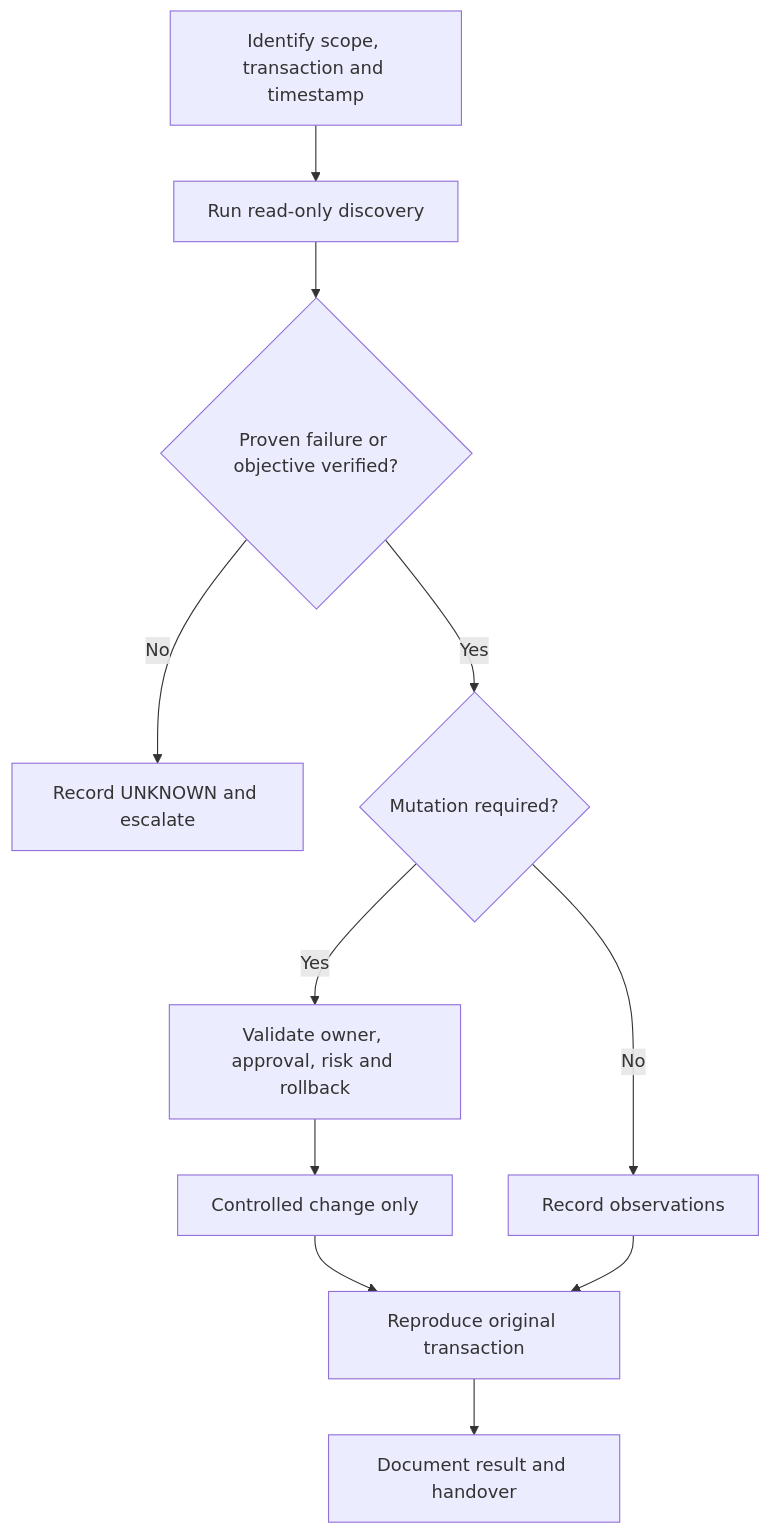
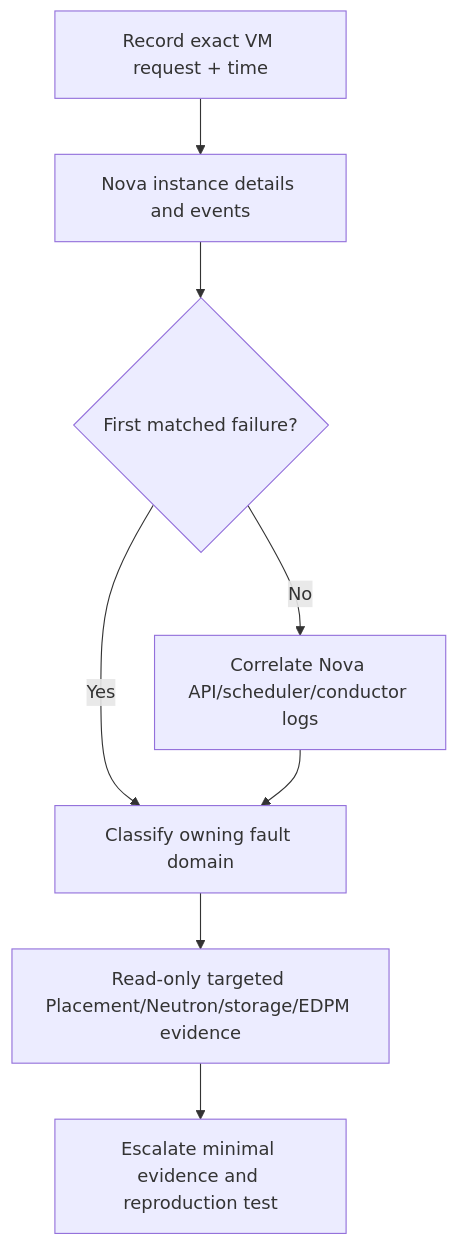
Before and after one commit to sheejithkv/RHOSO: the diagram in SOP/incidents/vm-build-failure.md, drawn with Mermaid. The commit also changed other lines of this file and 13 other files, not shown here.

````diff
--- a/SOP/incidents/vm-build-failure.md
+++ b/SOP/incidents/vm-build-failure.md
@@ -37,13 +42,10 @@
 ```mermaid
 flowchart TD
-  A["Identify scope, transaction and timestamp"] --> B["Run read-only discovery"]
-  B --> C{"Proven failure or objective verified?"}
-  C -- No --> D["Record UNKNOWN and escalate"]
-  C -- Yes --> E{"Mutation required?"}
-  E -- Yes --> F["Validate owner, approval, risk and rollback"]
-  F --> G["Controlled change only"]
-  E -- No --> H["Record observations"]
-  G --> I["Reproduce original transaction"]
-  H --> I
-  I --> J["Document result and handover"]
+A["Record exact VM request + time"] --> B["Nova instance details and events"]
+B --> C{"First matched failure?"}
+C -- "No" --> D["Correlate Nova API/scheduler/conductor logs"]
+C -- "Yes" --> E["Classify owning fault domain"]
+D --> E
+E --> F["Read-only targeted Placement/Neutron/storage/EDPM evidence"]
+F --> G["Escalate minimal evidence and reproduction test"]
 ```
````
